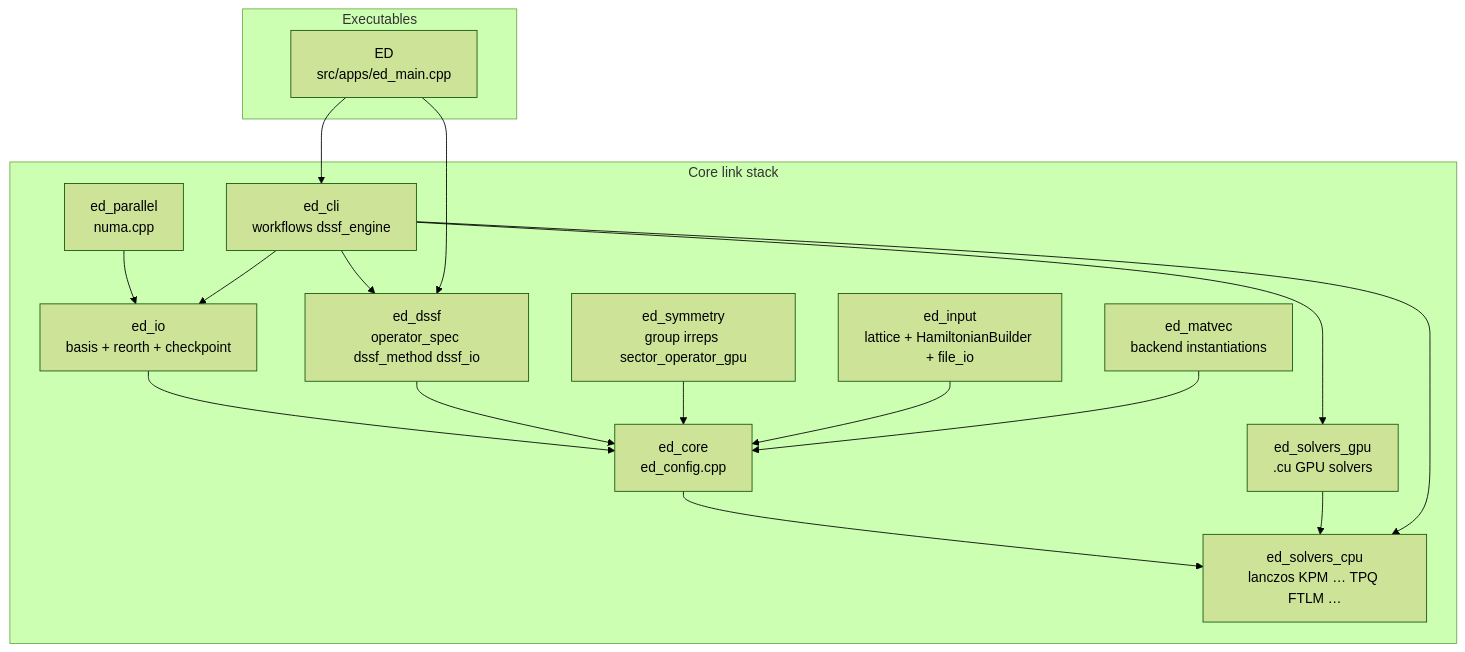
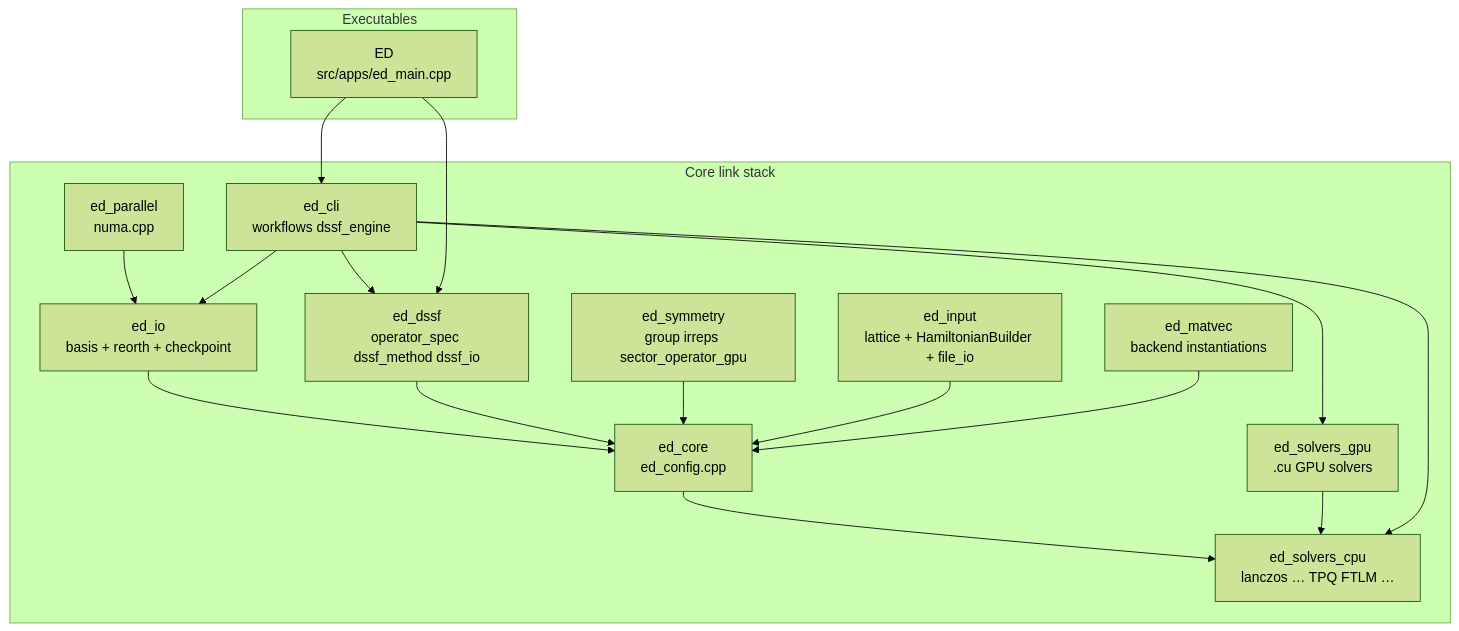
One commit to ze-bang/QED_Spin changed the first of 3 diagrams in docs/architecture/CODEMAP.md. Above: the diagram before and after it, drawn with Mermaid (forest theme). The commit also changed other lines of this file and 124 other files, not shown here.

First line of the commit message:
remove the legacy GPU operator stack, KPM, and the invalid FTLM-dynamics kernel

````diff
--- a/docs/architecture/CODEMAP.md
+++ b/docs/architecture/CODEMAP.md
@@ -31,34 +31,34 @@
 ```mermaid
 flowchart TB
   subgraph exe [Executables]
     ED["ED<br/>src/apps/ed_main.cpp"]
   end
 
   subgraph corestack [Core link stack]
     ep["ed_parallel<br/>numa.cpp"]
     eio["ed_io<br/>basis + reorth + checkpoint"]
     ec["ed_core<br/>ed_config.cpp"]
-    esc["ed_solvers_cpu<br/>lanczos KPM … TPQ FTLM …"]
+    esc["ed_solvers_cpu<br/>lanczos … TPQ FTLM …"]
     esg["ed_solvers_gpu<br/>.cu GPU solvers"]
     edssf["ed_dssf<br/>operator_spec dssf_method dssf_io"]
     esym["ed_symmetry<br/>group irreps sector_operator_gpu"]
     emv["ed_matvec<br/>backend instantiations"]
     ecli["ed_cli<br/>workflows dssf_engine"]
     einp["ed_input<br/>lattice + HamiltonianBuilder + file_io"]
   end
 
   ep --> eio --> ec --> esc
   esg --> esc
   edssf --> ec
   esym --> ec
   ecli --> esc
   ecli --> edssf
   ecli --> eio
   ecli --> esg
   einp --> ec
 
   emv --> ec
 
   ED --> ecli
   ED --> edssf
 ```
````
